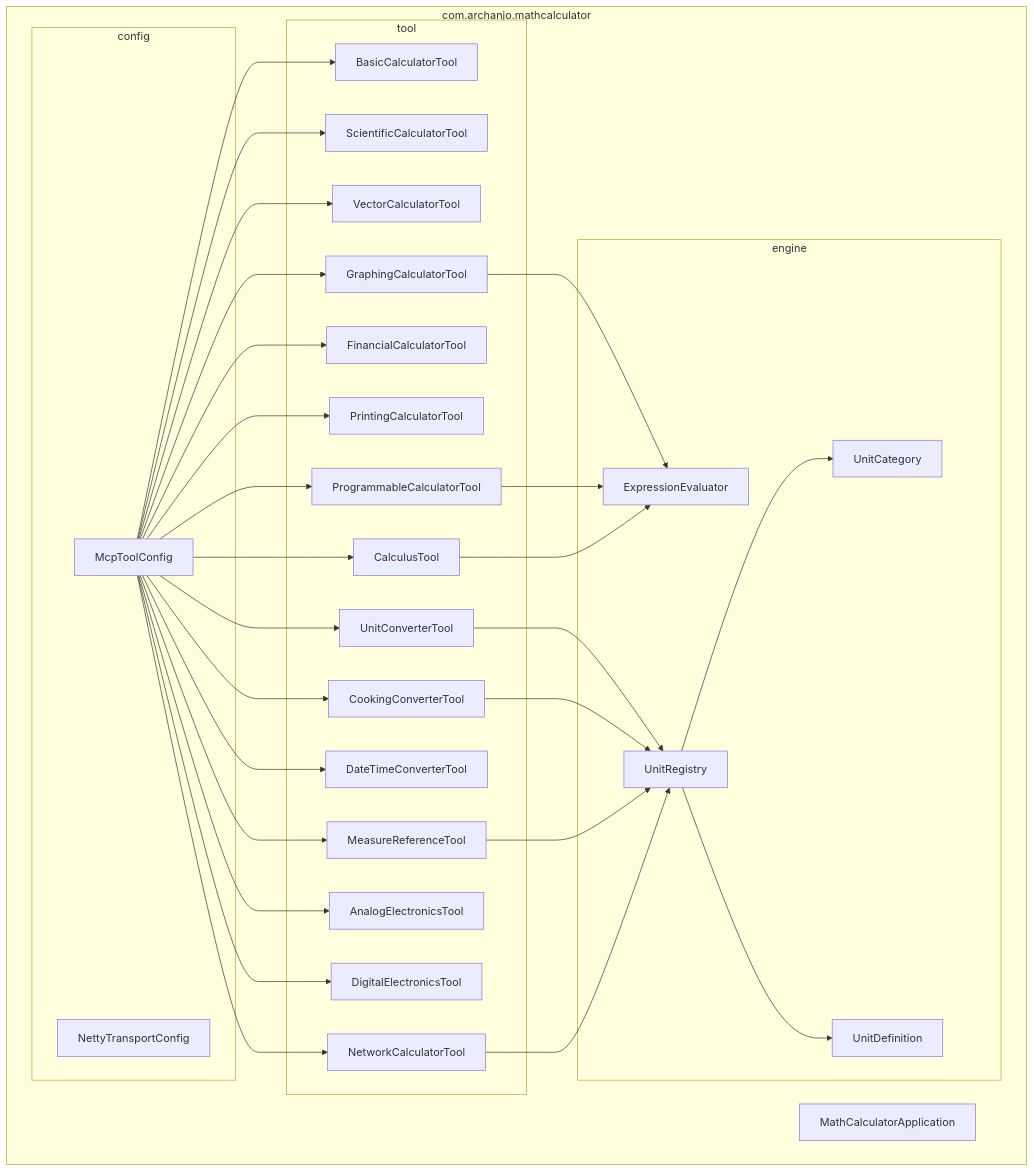
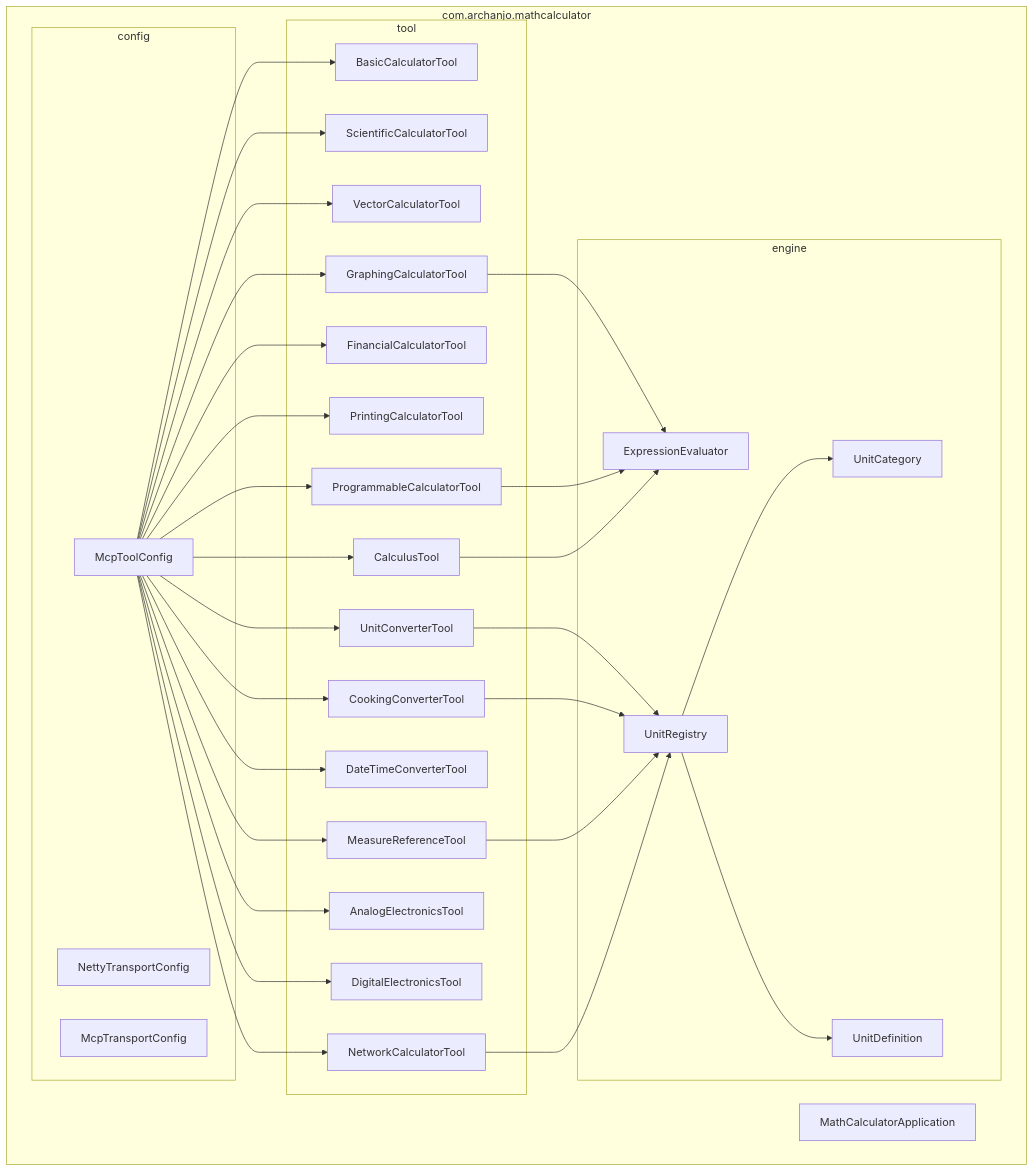
Before and after one commit to farchanjo/math-calculator: the ninth of 9 diagrams in docs/architecture.md, drawn with Mermaid. The commit also changed other lines of this file and 2 other files, not shown here.

First line of the commit message:
docs: update all docs for dual transport support

````diff
--- a/docs/architecture.md
+++ b/docs/architecture.md
@@ -137,58 +165,59 @@
 ```mermaid
 graph TB
     subgraph "com.archanjo.mathcalculator"
         APP[MathCalculatorApplication]
         subgraph config
             NTC[NettyTransportConfig]
+            MTPC[McpTransportConfig]
             MTC[McpToolConfig]
         end
         subgraph engine
             EE[ExpressionEvaluator]
             UC[UnitCategory]
             UD[UnitDefinition]
             UR[UnitRegistry]
         end
         subgraph tool
             BCT[BasicCalculatorTool]
             SCT[ScientificCalculatorTool]
             VCT[VectorCalculatorTool]
             GCT[GraphingCalculatorTool]
             FCT[FinancialCalculatorTool]
             PCT[PrintingCalculatorTool]
             PRCT[ProgrammableCalculatorTool]
             UCT[UnitConverterTool]
             CCT[CookingConverterTool]
             MRT[MeasureReferenceTool]
             DTCT[DateTimeConverterTool]
             NCT2[NetworkCalculatorTool]
             AET2[AnalogElectronicsTool]
             DET2[DigitalElectronicsTool]
             CLT2[CalculusTool]
         end
     end
 
     MTC --> BCT
     MTC --> SCT
     MTC --> VCT
     MTC --> GCT
     MTC --> FCT
     MTC --> PCT
     MTC --> PRCT
     MTC --> UCT
     MTC --> CCT
     MTC --> MRT
     MTC --> DTCT
     MTC --> NCT2
     MTC --> AET2
     MTC --> DET2
     MTC --> CLT2
     GCT --> EE
     PRCT --> EE
     UCT --> UR
     CCT --> UR
     MRT --> UR
     NCT2 --> UR
     CLT2 --> EE
     UR --> UC
     UR --> UD
 ```
````
